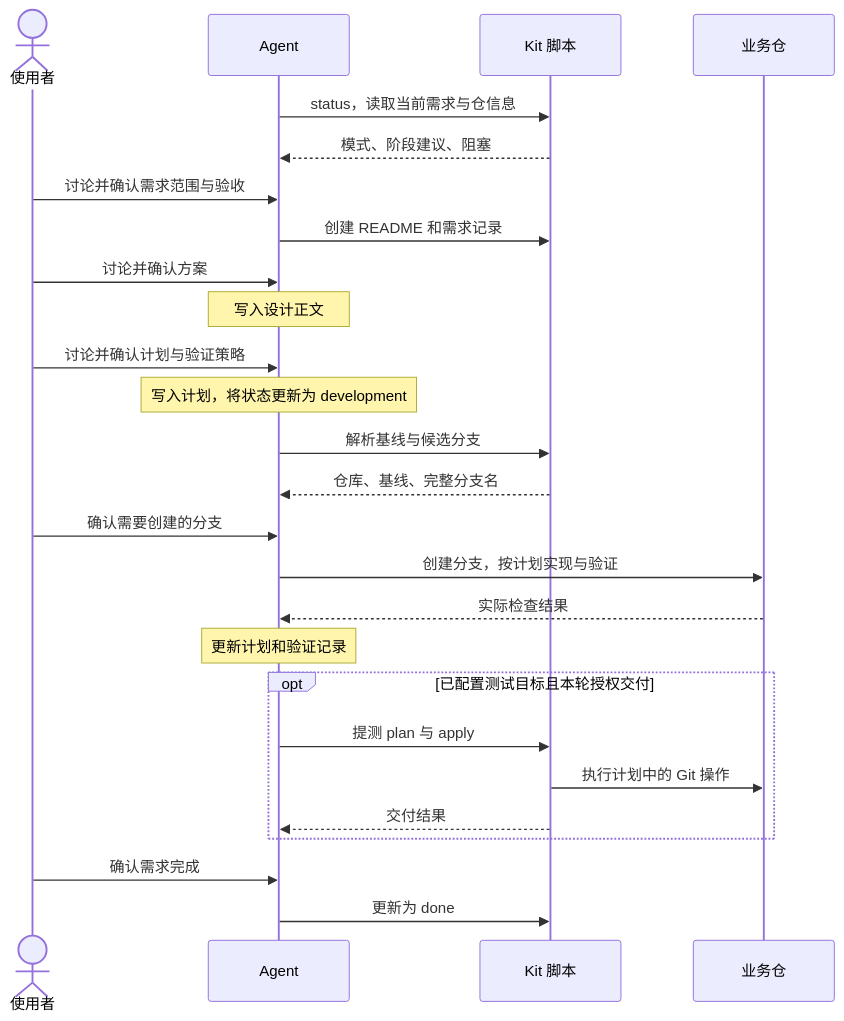
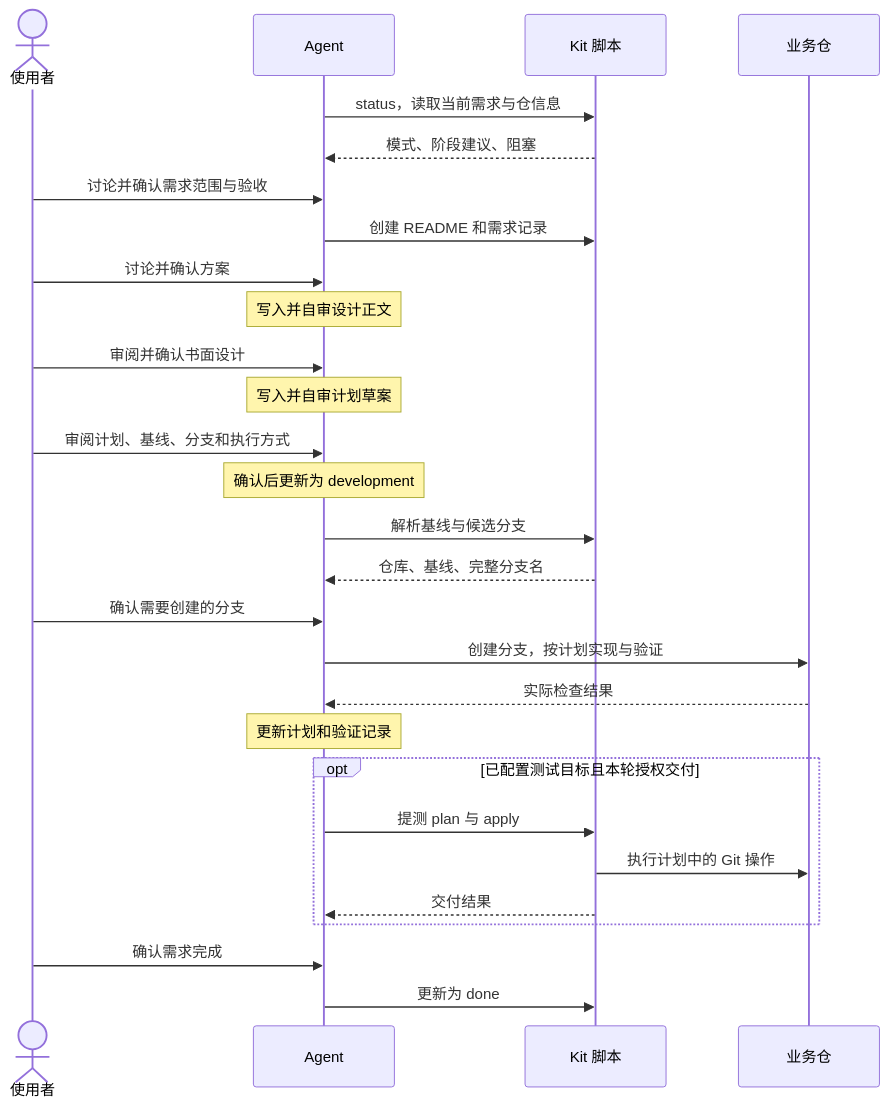
One commit to sandy-hmb/agent-workbench changed the second of 5 diagrams in docs/architecture.md. Above: the diagram before and after it, drawn with Mermaid. The commit also changed other lines of this file and 29 other files, not shown here.

````diff
--- a/docs/architecture.md
+++ b/docs/architecture.md
@@ -79,28 +79,30 @@
 ```mermaid
 sequenceDiagram
     actor U as 使用者
     participant A as Agent
     participant K as Kit 脚本
     participant R as 业务仓
     A->>K: status，读取当前需求与仓信息
     K-->>A: 模式、阶段建议、阻塞
     U->>A: 讨论并确认需求范围与验收
     A->>K: 创建 README 和需求记录
     U->>A: 讨论并确认方案
-    Note over A: 写入设计正文
-    U->>A: 讨论并确认计划与验证策略
-    Note over A: 写入计划，将状态更新为 development
+    Note over A: 写入并自审设计正文
+    U->>A: 审阅并确认书面设计
+    Note over A: 写入并自审计划草案
+    U->>A: 审阅计划、基线、分支和执行方式
+    Note over A: 确认后更新为 development
     A->>K: 解析基线与候选分支
     K-->>A: 仓库、基线、完整分支名
     U->>A: 确认需要创建的分支
     A->>R: 创建分支，按计划实现与验证
     R-->>A: 实际检查结果
     Note over A: 更新计划和验证记录
     opt 已配置测试目标且本轮授权交付
         A->>K: 提测 plan 与 apply
         K->>R: 执行计划中的 Git 操作
         K-->>A: 交付结果
     end
     U->>A: 确认需求完成
     A->>K: 更新为 done
 ```
````
